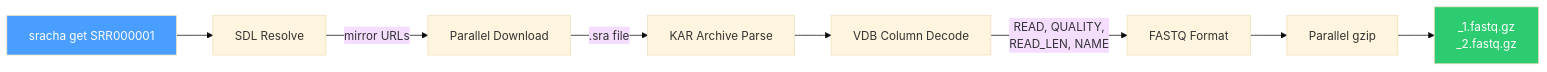
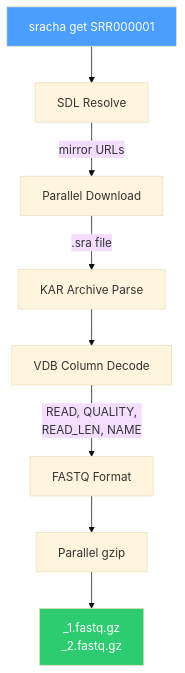
Before and after one commit to rnabioco/sracha-rs: the diagram in README.md, drawn with Mermaid (base theme). The commit also changed other lines of this file and 12 other files, not shown here.

````diff
--- a/README.md
+++ b/README.md
@@ -42,13 +50,13 @@
 ```mermaid
-flowchart LR
+flowchart TD
     A[sracha get SRR000001] --> B[SDL Resolve]
     B -->|mirror URLs| C[Parallel Download]
     C -->|".sra file"| D[KAR Archive Parse]
     D --> E[VDB Column Decode]
     E -->|"READ, QUALITY,\nREAD_LEN, NAME"| F[FASTQ Format]
     F --> G[Parallel gzip]
     G --> H["_1.fastq.gz\n_2.fastq.gz"]
 
     style A fill:#4a9eff,color:#fff
     style H fill:#2ecc71,color:#fff
 ```
````
